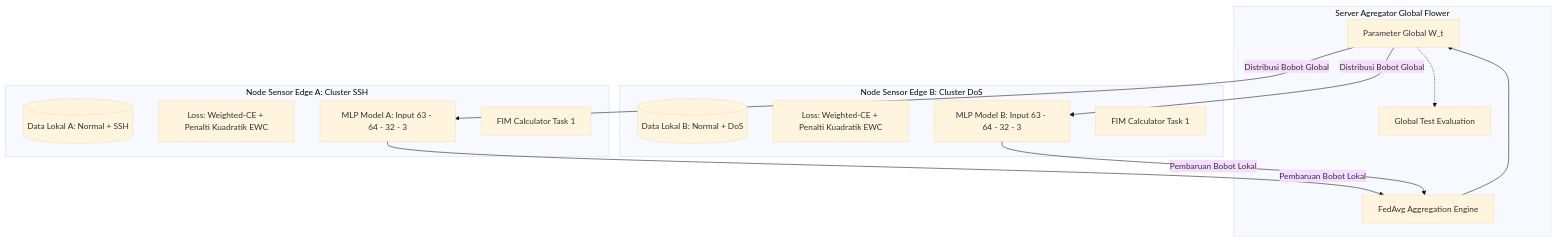
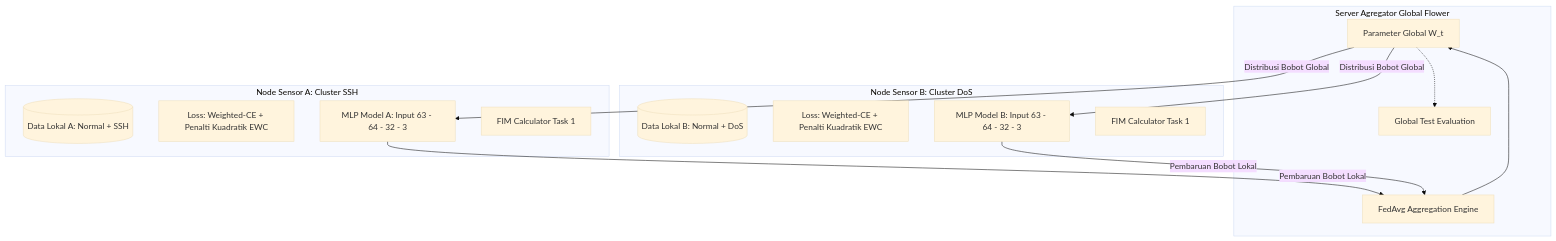
Before and after one commit to rhaffle87/brief-thesis: the fifth of 6 diagrams in Penulisan/Bab-3-Metodologi-Penelitian.md, drawn with Mermaid (base theme). The commit also changed other lines of this file and 3 other files, not shown here.

````diff
--- a/Penulisan/Bab-3-Metodologi-Penelitian.md
+++ b/Penulisan/Bab-3-Metodologi-Penelitian.md
@@ -151,29 +152,29 @@
 ```mermaid
 graph TB
     subgraph Server_Global [Server Agregator Global Flower]
         GW[Parameter Global W_t]
         ENG[FedAvg Aggregation Engine]
         EVAL[Global Test Evaluation]
     end
 
-    subgraph Client_A [Node Sensor Edge A: Cluster SSH]
+    subgraph Client_A [Node Sensor A: Cluster SSH]
         DA[(Data Lokal A: Normal + SSH)]
         LA["Loss: Weighted-CE + Penalti Kuadratik EWC"]
         MA[MLP Model A: Input 63 - 64 - 32 - 3]
         FA[FIM Calculator Task 1]
     end
 
-    subgraph Client_B [Node Sensor Edge B: Cluster DoS]
+    subgraph Client_B [Node Sensor B: Cluster DoS]
         DB[(Data Lokal B: Normal + DoS)]
         LB["Loss: Weighted-CE + Penalti Kuadratik EWC"]
         MB[MLP Model B: Input 63 - 64 - 32 - 3]
         FB[FIM Calculator Task 1]
     end
 
     GW -->|Distribusi Bobot Global| MA
     GW -->|Distribusi Bobot Global| MB
     MA -->|Pembaruan Bobot Lokal| ENG
     MB -->|Pembaruan Bobot Lokal| ENG
     ENG --> GW
     GW -.-> EVAL
 ```
````
